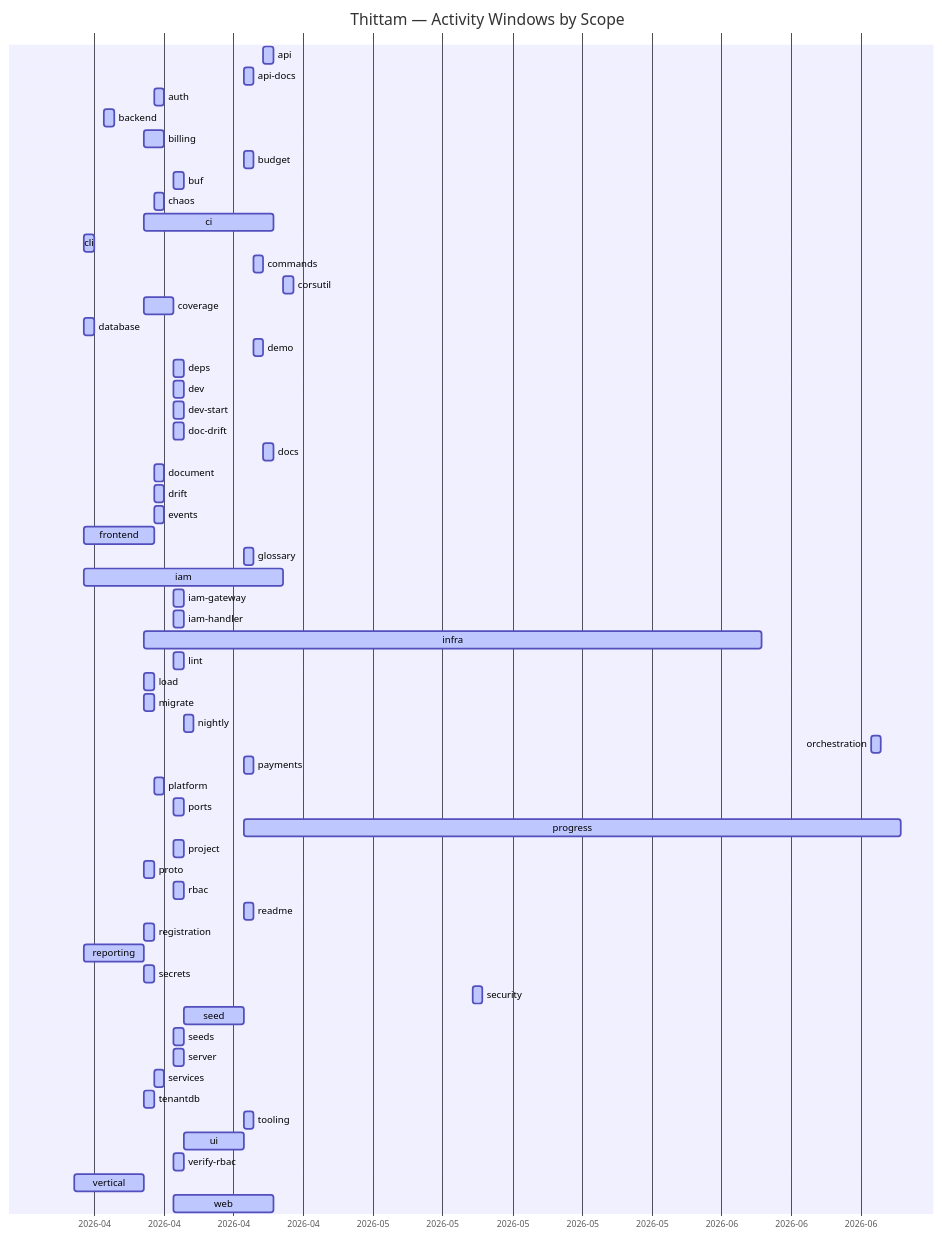
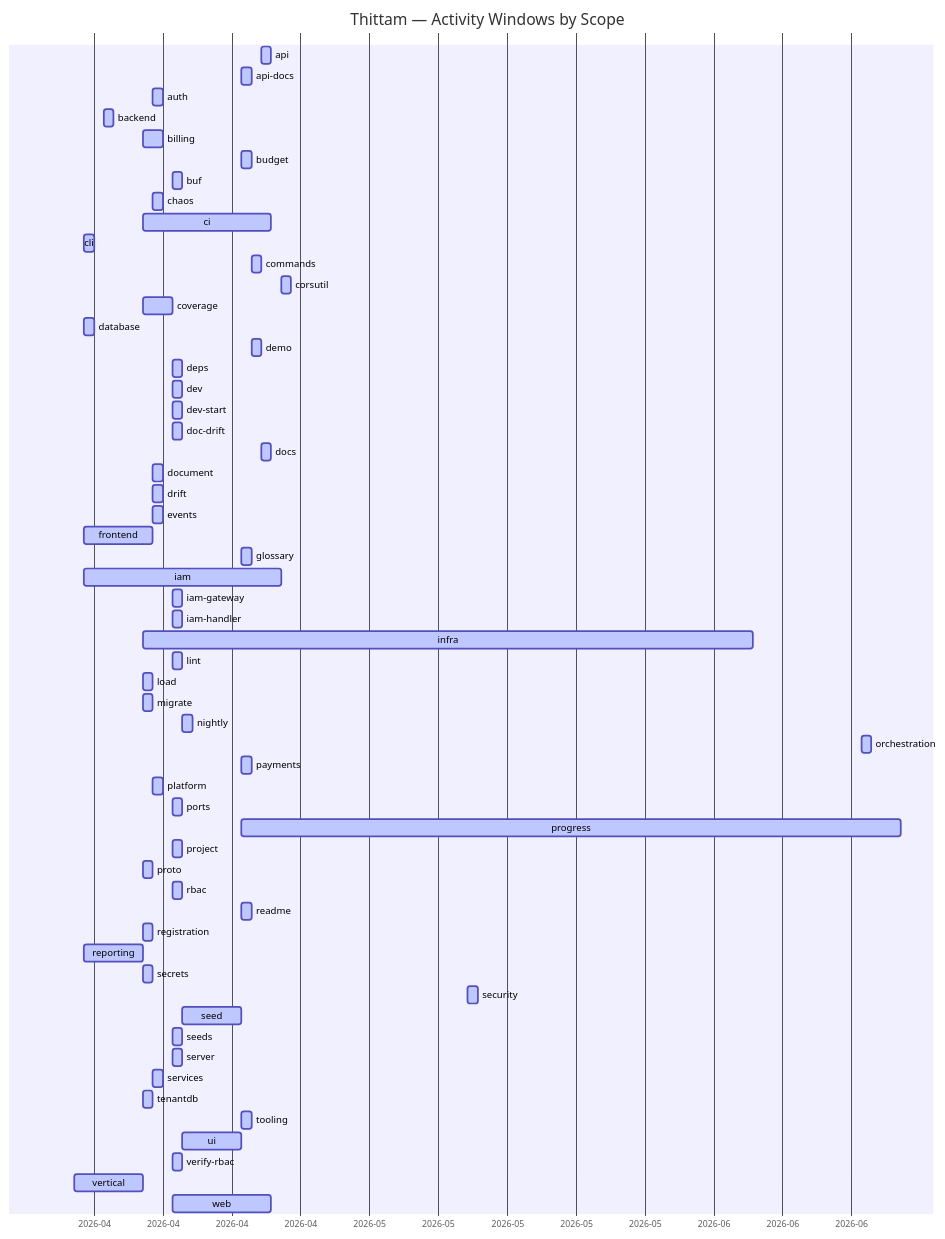
The diagram in docs/PROGRESS.md (wegofwd2020-hub/thittam), drawn with Mermaid before and after one commit. The commit also changed other lines of this file and 1 other file, not shown here.

Commit message:
chore(progress): nightly update of docs/PROGRESS.md + CSVs

````diff
--- a/docs/PROGRESS.md
+++ b/docs/PROGRESS.md
@@ -9,62 +9,62 @@
 ```mermaid
 gantt
     title Thittam — Activity Windows by Scope
     dateFormat YYYY-MM-DD
     axisFormat %Y-%m
     api                :active, s_api, 2026-04-22, 2026-04-23
     api-docs           :active, s_api_docs, 2026-04-20, 2026-04-21
     auth               :active, s_auth, 2026-04-11, 2026-04-12
     backend            :active, s_backend, 2026-04-06, 2026-04-07
     billing            :active, s_billing, 2026-04-10, 2026-04-12
     budget             :active, s_budget, 2026-04-20, 2026-04-21
     buf                :active, s_buf, 2026-04-13, 2026-04-14
     chaos              :active, s_chaos, 2026-04-11, 2026-04-12
     ci                 :active, s_ci, 2026-04-10, 2026-04-23
     cli                :active, s_cli, 2026-04-04, 2026-04-05
     commands           :active, s_commands, 2026-04-21, 2026-04-22
     corsutil           :active, s_corsutil, 2026-04-24, 2026-04-25
     coverage           :active, s_coverage, 2026-04-10, 2026-04-13
     database           :active, s_database, 2026-04-04, 2026-04-05
     demo               :active, s_demo, 2026-04-21, 2026-04-22
     deps               :active, s_deps, 2026-04-13, 2026-04-14
     dev                :active, s_dev, 2026-04-13, 2026-04-14
     dev-start          :active, s_dev_start, 2026-04-13, 2026-04-14
     doc-drift          :active, s_doc_drift, 2026-04-13, 2026-04-14
     docs               :active, s_docs, 2026-04-22, 2026-04-23
     document           :active, s_document, 2026-04-11, 2026-04-12
     drift              :active, s_drift, 2026-04-11, 2026-04-12
     events             :active, s_events, 2026-04-11, 2026-04-12
     frontend           :active, s_frontend, 2026-04-04, 2026-04-11
     glossary           :active, s_glossary, 2026-04-20, 2026-04-21
     iam                :active, s_iam, 2026-04-04, 2026-04-24
     iam-gateway        :active, s_iam_gateway, 2026-04-13, 2026-04-14
     iam-handler        :active, s_iam_handler, 2026-04-13, 2026-04-14
     infra              :active, s_infra, 2026-04-10, 2026-06-11
     lint               :active, s_lint, 2026-04-13, 2026-04-14
     load               :active, s_load, 2026-04-10, 2026-04-11
     migrate            :active, s_migrate, 2026-04-10, 2026-04-11
     nightly            :active, s_nightly, 2026-04-14, 2026-04-15
     orchestration      :active, s_orchestration, 2026-06-22, 2026-06-23
     payments           :active, s_payments, 2026-04-20, 2026-04-21
     platform           :active, s_platform, 2026-04-11, 2026-04-12
     ports              :active, s_ports, 2026-04-13, 2026-04-14
-    progress           :active, s_progress, 2026-04-20, 2026-06-25
+    progress           :active, s_progress, 2026-04-20, 2026-06-26
     project            :active, s_project, 2026-04-13, 2026-04-14
     proto              :active, s_proto, 2026-04-10, 2026-04-11
     rbac               :active, s_rbac, 2026-04-13, 2026-04-14
     readme             :active, s_readme, 2026-04-20, 2026-04-21
     registration       :active, s_registration, 2026-04-10, 2026-04-11
     reporting          :active, s_reporting, 2026-04-04, 2026-04-10
     secrets            :active, s_secrets, 2026-04-10, 2026-04-11
     security           :active, s_security, 2026-05-13, 2026-05-14
     seed               :active, s_seed, 2026-04-14, 2026-04-20
     seeds              :active, s_seeds, 2026-04-13, 2026-04-14
     server             :active, s_server, 2026-04-13, 2026-04-14
     services           :active, s_services, 2026-04-11, 2026-04-12
     tenantdb           :active, s_tenantdb, 2026-04-10, 2026-04-11
     tooling            :active, s_tooling, 2026-04-20, 2026-04-21
     ui                 :active, s_ui, 2026-04-14, 2026-04-20
     verify-rbac        :active, s_verify_rbac, 2026-04-13, 2026-04-14
     vertical           :active, s_vertical, 2026-04-03, 2026-04-10
     web                :active, s_web, 2026-04-13, 2026-04-23
 ```
````
